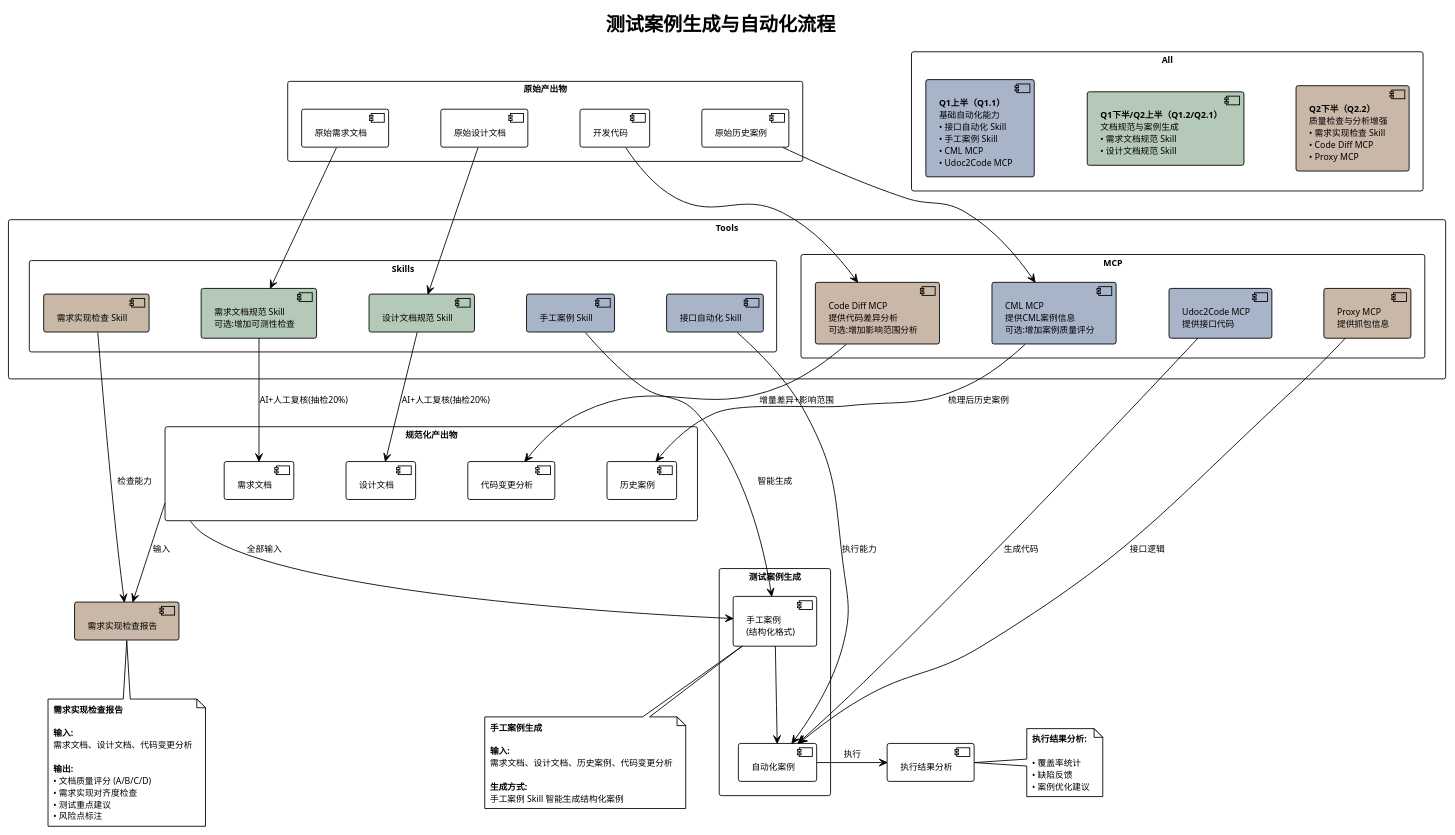
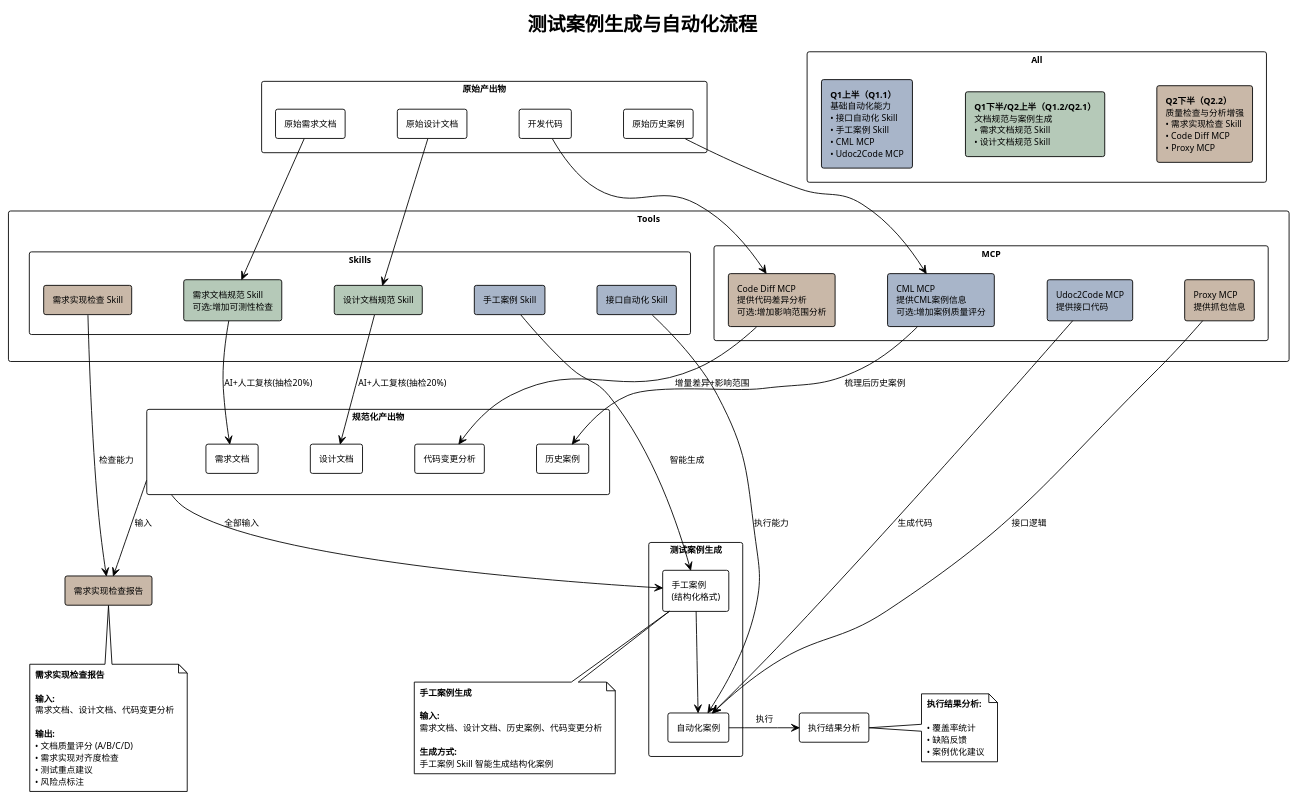
One commit to kalen-tang/test-workflow changed the diagram in architecture.puml. Above: the diagram before and after it, drawn with PlantUML. The commit also changed 1 other file, not shown here.

Commit message:
test(BANK:0000):更新组件图

```diff
--- a/architecture.puml
+++ b/architecture.puml
@@ -1,140 +1,141 @@
-@startuml
+@startuml 测试案例生成与自动化流程
 !theme plain
 skinparam backgroundColor white
 skinparam packageStyle rectangle
+skinparam componentStyle rectangle
 skinparam defaultFontSize 10
 skinparam nodesep 60
 skinparam ranksep 60
 
 title 测试案例生成与自动化流程
 
 package "原始产出物" {
     component "原始需求文档" as rawReqDoc
     component "原始设计文档" as rawDesignDoc
     component "开发代码" as srcCode
     component "原始历史案例" as rawHistory
 }
 
 package "Tools" {
     package "Skills" {
         component "需求文档规范 Skill\n可选:增加可测性检查" as reqDocSkill #B5C9B8
         component "设计文档规范 Skill" as designDocSkill #B5C9B8
         component "手工案例 Skill" as manualCaseSkill #A8B5C9
         component "需求实现检查 Skill" as reqCheckSkill #C9B8A8
         component "接口自动化 Skill" as apiSkill #A8B5C9
     }
 
     package "MCP" {
         component "CML MCP\n提供CML案例信息\n可选:增加案例质量评分" as cmlMcp #A8B5C9
         component "Code Diff MCP\n提供代码差异分析\n可选:增加影响范围分析" as diffMcp #C9B8A8
         component "Udoc2Code MCP\n提供接口代码" as udoc2codeMcp #A8B5C9
         component "Proxy MCP\n提供抓包信息" as proxyMcp #C9B8A8
     }
 }
 
 package "规范化产出物" as normalizedOutputs {
     component "需求文档" as reqDoc
     component "设计文档" as designDoc
     component "历史案例" as history
     component "代码变更分析" as diffReport
 }
 
 component "需求实现检查报告" as reqCheckReport #C9B8A8
 
 package "测试案例生成" {
     component "手工案例\n(结构化格式)" as manualCases
     component "自动化案例" as autoCases
 }
 
 component "执行结果分析" as execResult
 
 '=====================================================
 ' 第一阶段：原始产出物 -> Tools(Skills/MCP) -> 规范化产出物
 '=====================================================
 
 ' 1. 需求文档规范化
 rawReqDoc -down-> reqDocSkill
 reqDocSkill -down-> reqDoc : AI+人工复核(抽检20%)
 
 ' 2. 设计文档规范化
 rawDesignDoc -down-> designDocSkill
 designDocSkill -down-> designDoc : AI+人工复核(抽检20%)
 
 ' 3. 历史案例梳理
 rawHistory -down-> cmlMcp
 cmlMcp -down-> history : 梳理后历史案例
 
 ' 4. 代码差异分析
 srcCode -down-> diffMcp
 diffMcp -down-> diffReport : 增量差异+影响范围
 
 '=====================================================
 ' 第二阶段：规范化产出物 -> 需求实现检查报告
 '=====================================================
 
 normalizedOutputs -down-> reqCheckReport : 输入
 reqCheckSkill -right-> reqCheckReport : 检查能力
 
 '=====================================================
 ' 第三阶段：规范化产出物 + Tools -> 手工案例
 '=====================================================
 
 normalizedOutputs -down-> manualCases : 全部输入
 manualCaseSkill -right-> manualCases : 智能生成
 
 '=====================================================
 ' 第四阶段：手工案例 -> 自动化案例 -> 执行
 '=====================================================
 
 manualCases -down-> autoCases
 autoCases -right-> execResult : 执行
 
 '=====================================================
 ' 第五阶段：Tools -> 自动化案例（辅助生成）
 '=====================================================
 
 udoc2codeMcp -right-> autoCases : 生成代码
 proxyMcp -right-> autoCases : 接口逻辑
 apiSkill -right-> autoCases : 执行能力
 
 
 note bottom of manualCases
   **手工案例生成**
 
   **输入:**
   需求文档、设计文档、历史案例、代码变更分析
 
   **生成方式:**
   手工案例 Skill 智能生成结构化案例
 end note
 
 note bottom of reqCheckReport
   **需求实现检查报告**
 
   **输入:**
   需求文档、设计文档、代码变更分析
 
   **输出:**
   • 文档质量评分 (A/B/C/D)
   • 需求实现对齐度检查
   • 测试重点建议
   • 风险点标注
 end note
 
 note right of execResult
   **执行结果分析:**
 
   • 覆盖率统计
   • 缺陷反馈
   • 案例优化建议
 end note
 
 package "All" {
     component "**Q1上半（Q1.1）**\n基础自动化能力\n• 接口自动化 Skill\n• 手工案例 Skill\n• CML MCP\n• Udoc2Code MCP" as q1_1 #A8B5C9
     component "**Q1下半/Q2上半（Q1.2/Q2.1）**\n文档规范与案例生成\n• 需求文档规范 Skill\n• 设计文档规范 Skill" as q1_2 #B5C9B8
     component "**Q2下半（Q2.2）**\n质量检查与分析增强\n• 需求实现检查 Skill\n• Code Diff MCP\n• Proxy MCP" as q2_2 #C9B8A8
 
     q1_1 -[hidden]right- q1_2
     q1_2 -[hidden]right- q2_2
 }
 @enduml
```
